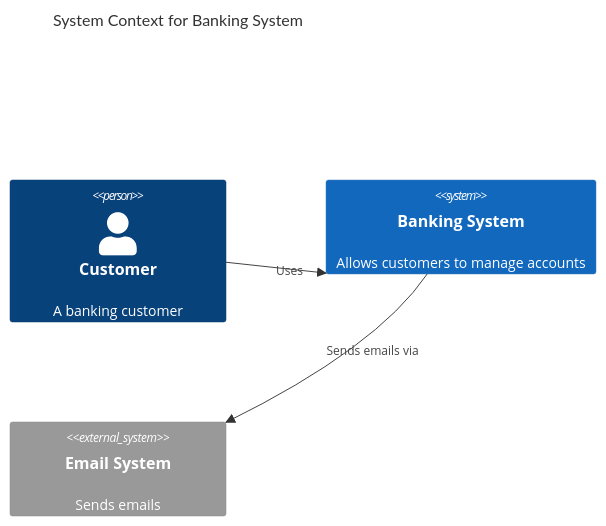
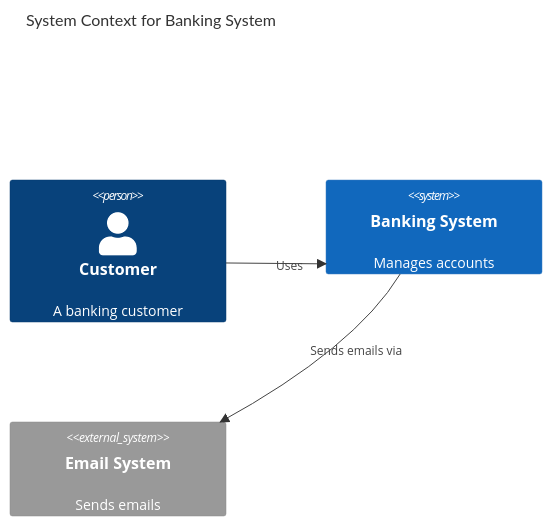
Before and after one commit to el-feo/ai-context: the first of 3 diagrams in plugins/general/skills/mermaid-diagrams/references/c4-diagrams.md, drawn with Mermaid. The commit also changed other lines of this file and 8 other files, not shown here.

First line of the commit message:
refactor(general): reduce mermaid-diagrams SKILL.md and trim oversized references (#207)

````diff
--- a/plugins/general/skills/mermaid-diagrams/references/c4-diagrams.md
+++ b/plugins/general/skills/mermaid-diagrams/references/c4-diagrams.md
@@ -18,11 +27,11 @@
 ```mermaid
 C4Context
     title System Context for Banking System
-    
+
     Person(customer, "Customer", "A banking customer")
-    System(banking, "Banking System", "Allows customers to manage accounts")
+    System(banking, "Banking System", "Manages accounts")
     System_Ext(email, "Email System", "Sends emails")
-    
+
     Rel(customer, banking, "Uses")
     Rel(banking, email, "Sends emails via")
 ```
````
